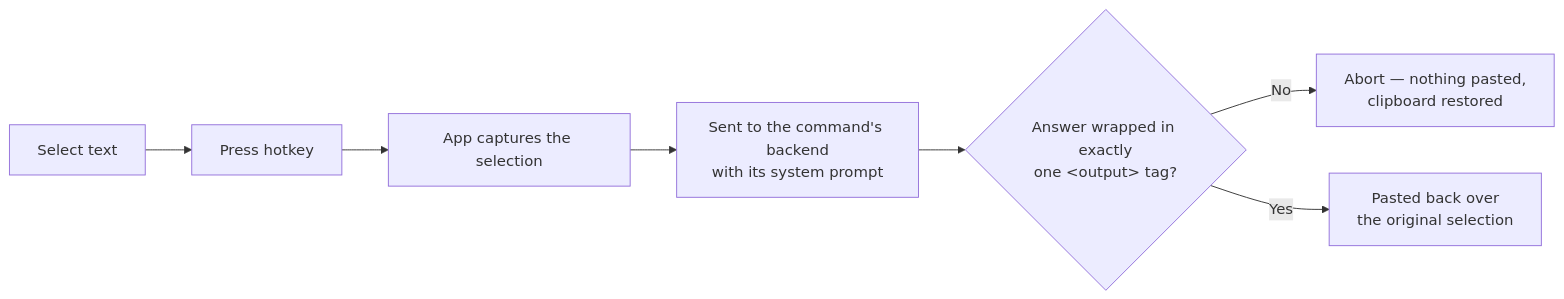
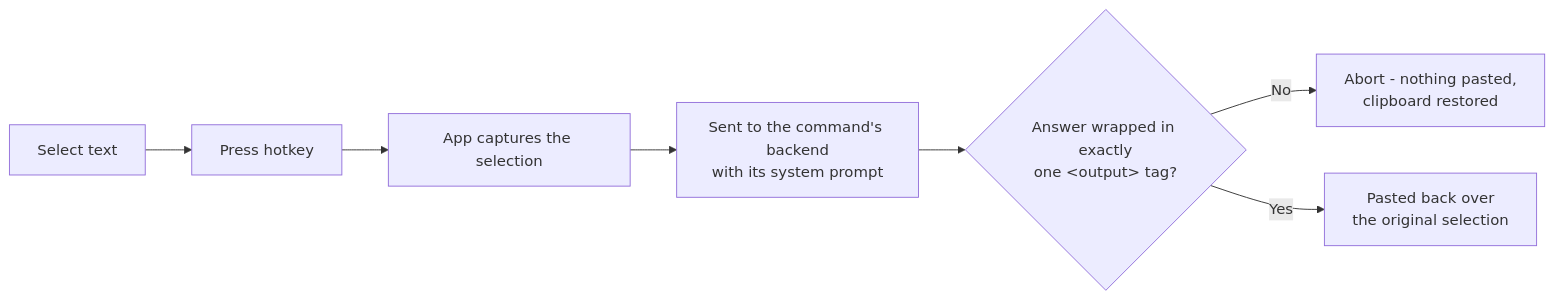
Before and after one commit to alexschnabl/clipboard-ai: the diagram in README.md, drawn with Mermaid. The commit also changed other lines of this file and 16 other files, not shown here.

````diff
--- a/README.md
+++ b/README.md
@@ -20,9 +20,9 @@
 ```mermaid
 flowchart LR
     A["Select text"] --> B["Press hotkey"]
     B --> C["App captures the selection"]
     C --> D["Sent to the command's backend<br/>with its system prompt"]
     D --> E{"Answer wrapped in exactly<br/>one &lt;output&gt; tag?"}
-    E -->|No| F["Abort — nothing pasted,<br/>clipboard restored"]
+    E -->|No| F["Abort - nothing pasted,<br/>clipboard restored"]
     E -->|Yes| G["Pasted back over<br/>the original selection"]
 ```
````
